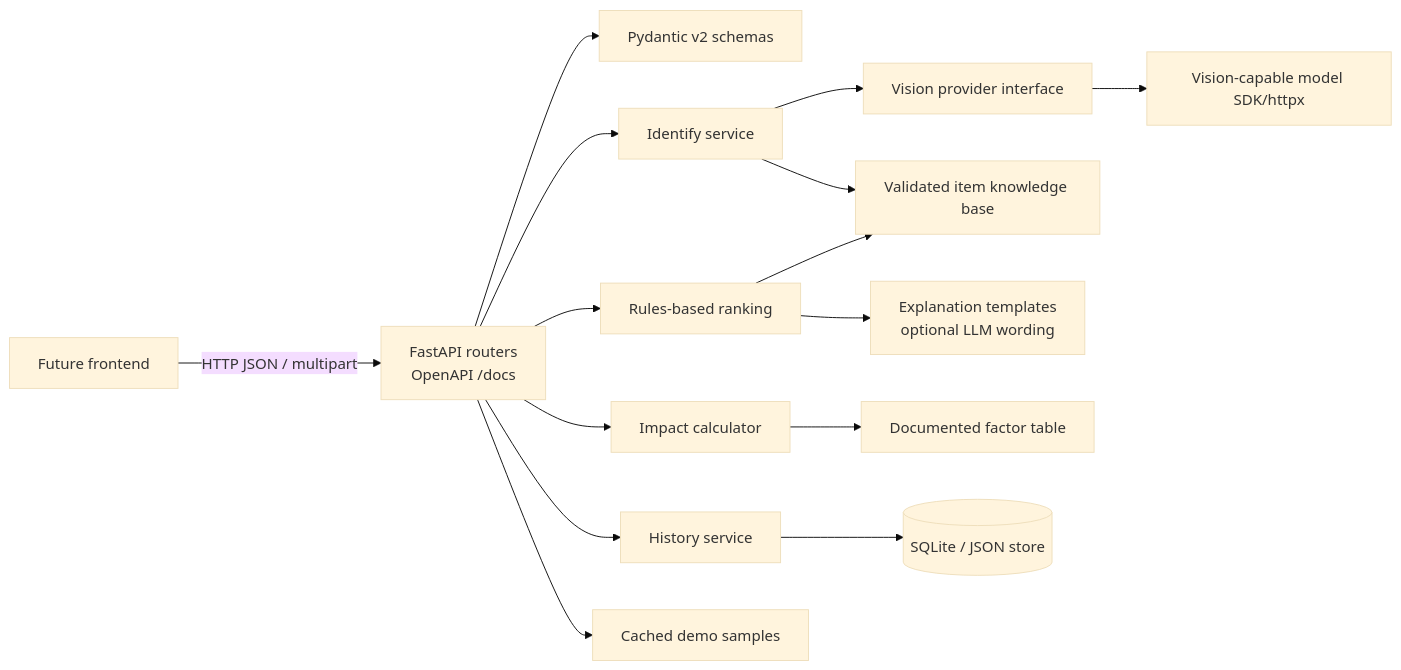
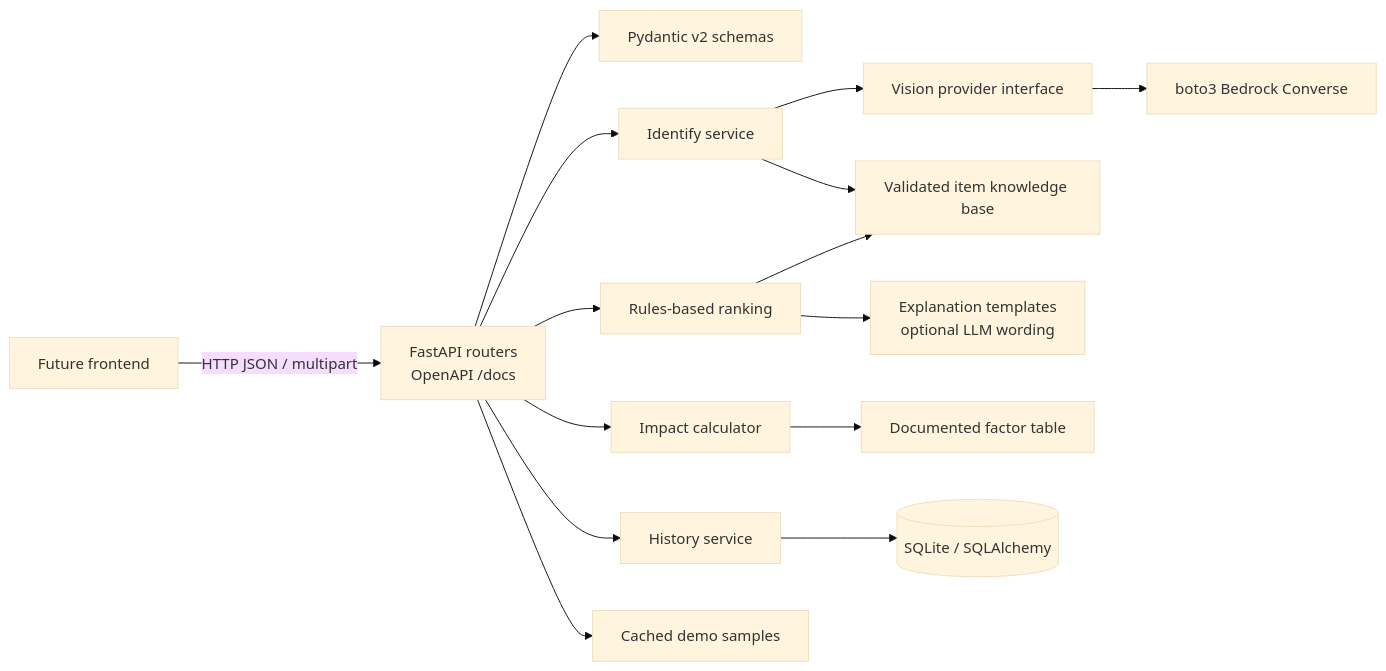
The diagram in docs/architecture.md (tusharsingh-sde/WasteVisor), drawn with Mermaid (base theme) before and after one commit. The commit also changed other lines of this file and 8 other files, not shown here.

````diff
--- a/docs/architecture.md
+++ b/docs/architecture.md
@@ -9,17 +9,17 @@
 ```mermaid
 flowchart LR
   FE[Future frontend] -->|HTTP JSON / multipart| API[FastAPI routers<br/>OpenAPI /docs]
   API --> SC[ Pydantic v2 schemas ]
   API --> ID[Identify service]
   ID --> VP[Vision provider interface]
-  VP --> LLM[Vision-capable model SDK/httpx]
+  VP --> LLM[boto3 Bedrock Converse]
   ID --> KB[Validated item knowledge base]
   API --> R[Rules-based ranking]
   R --> KB
   R --> EX[Explanation templates<br/>optional LLM wording]
   API --> IMP[Impact calculator]
   IMP --> FACT[Documented factor table]
   API --> HIST[History service]
-  HIST --> DB[(SQLite / JSON store)]
+  HIST --> DB[(SQLite / SQLAlchemy)]
   API --> DEMO[Cached demo samples]
 ```
````
